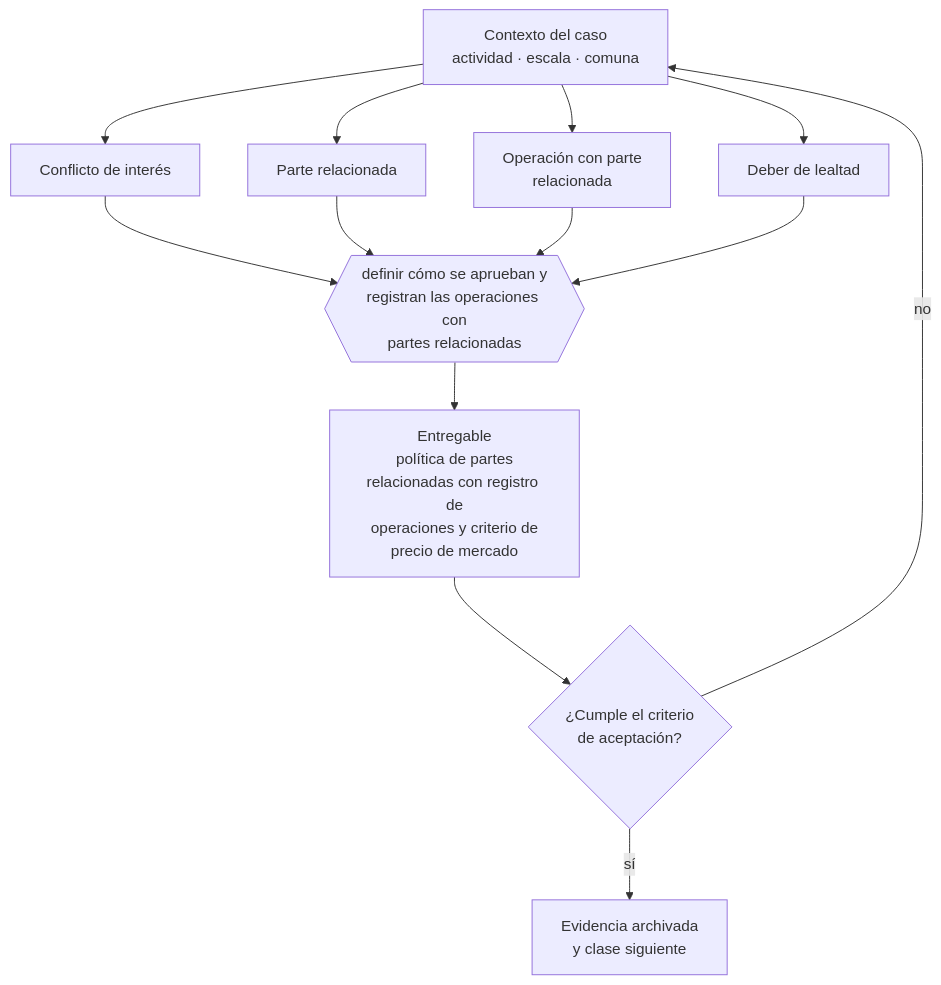
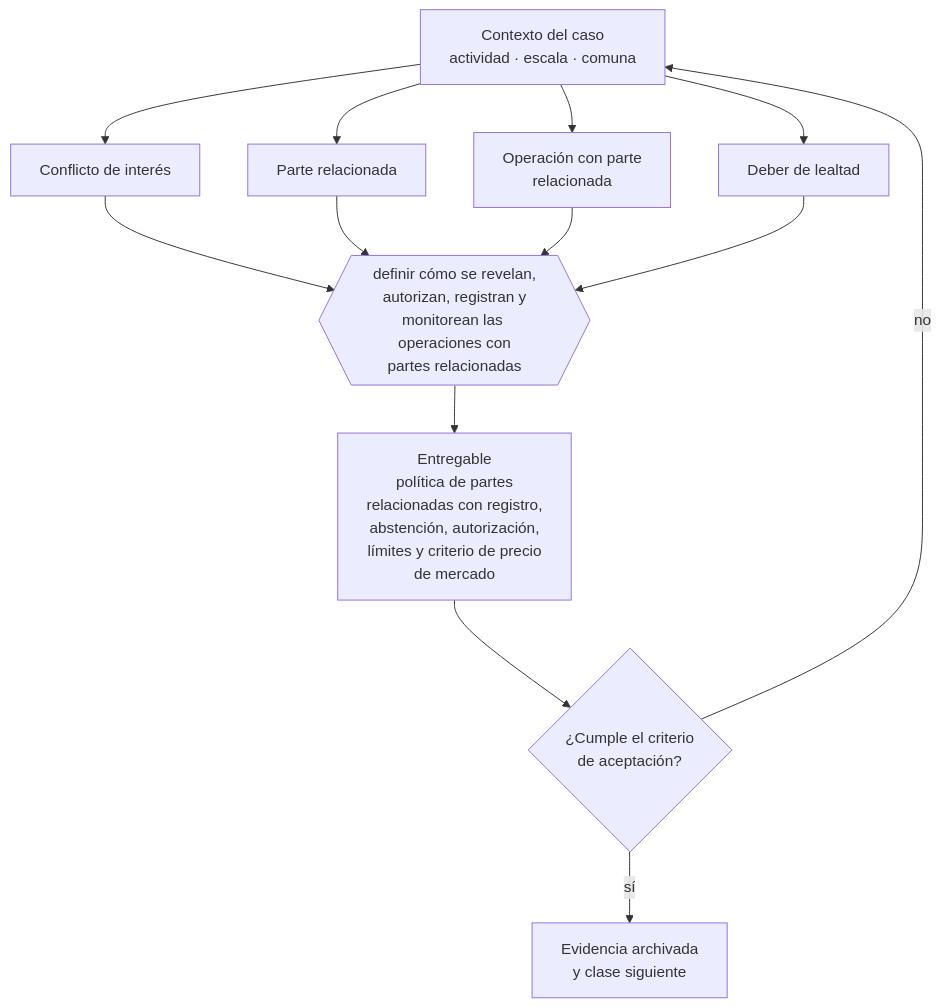
Before and after one commit to vladimiracunadev-create/modern-business-creation-program: the diagram in curriculum/part-05-diseno-societario-y-gobierno-inicial/class-12-conflictos-de-interes-y-partes-relacionadas/README.md, drawn with Mermaid. The commit also changed other lines of this file and 32 other files, not shown here.

````diff
--- a/curriculum/part-05-diseno-societario-y-gobierno-inicial/class-12-conflictos-de-interes-y-partes-relacionadas/README.md
+++ b/curriculum/part-05-diseno-societario-y-gobierno-inicial/class-12-conflictos-de-interes-y-partes-relacionadas/README.md
@@ -34,13 +34,13 @@
 ```mermaid
 flowchart TB
     C["Contexto del caso<br/>actividad · escala · comuna"]
     C --> A1["Conflicto de interés"]
     C --> A2["Parte relacionada"]
     C --> A3["Operación con parte<br/>relacionada"]
     C --> A4["Deber de lealtad"]
-    A1 & A2 & A3 & A4 --> D{{"definir cómo se aprueban y<br/>registran las operaciones con<br/>partes relacionadas"}}
-    D --> E["Entregable<br/>política de partes<br/>relacionadas con registro de<br/>operaciones y criterio de<br/>precio de mercado"]
+    A1 & A2 & A3 & A4 --> D{{"definir cómo se revelan,<br/>autorizan, registran y<br/>monitorean las operaciones con<br/>partes relacionadas"}}
+    D --> E["Entregable<br/>política de partes<br/>relacionadas con registro,<br/>abstención, autorización,<br/>límites y criterio de precio<br/>de mercado"]
     E --> V{"¿Cumple el criterio<br/>de aceptación?"}
     V -->|sí| S["Evidencia archivada<br/>y clase siguiente"]
     V -->|no| C
 ```
````
